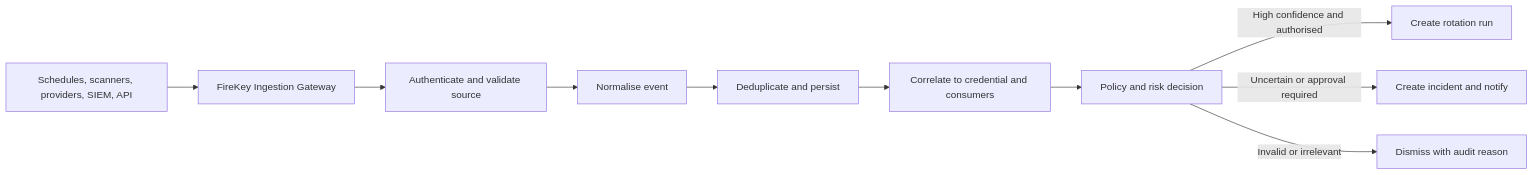
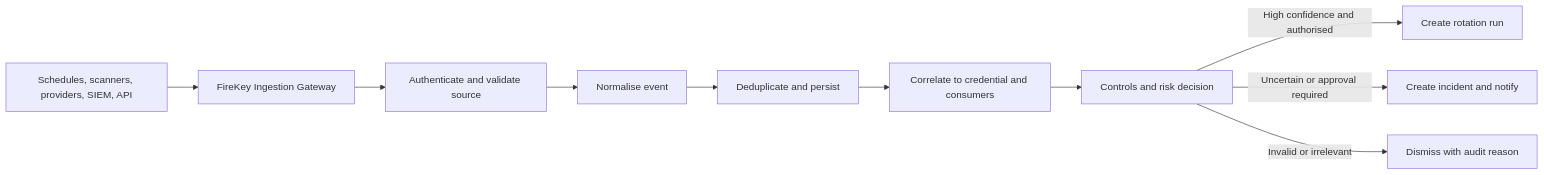
The second of 4 diagrams in firekey.md (chigozzdevv/uumi), drawn with Mermaid before and after one commit. The commit also changed other lines of this file and 119 other files, not shown here.

````diff
--- a/firekey.md
+++ b/firekey.md
@@ -813,12 +796,12 @@
 ```mermaid
 flowchart LR
     A["Schedules, scanners, providers, SIEM, API"] --> B["FireKey Ingestion Gateway"]
     B --> C["Authenticate and validate source"]
     C --> D["Normalise event"]
     D --> E["Deduplicate and persist"]
     E --> F["Correlate to credential and consumers"]
-    F --> G["Policy and risk decision"]
+    F --> G["Controls and risk decision"]
     G -->|"High confidence and authorised"| H["Create rotation run"]
     G -->|"Uncertain or approval required"| I["Create incident and notify"]
     G -->|"Invalid or irrelevant"| J["Dismiss with audit reason"]
 ```
````
